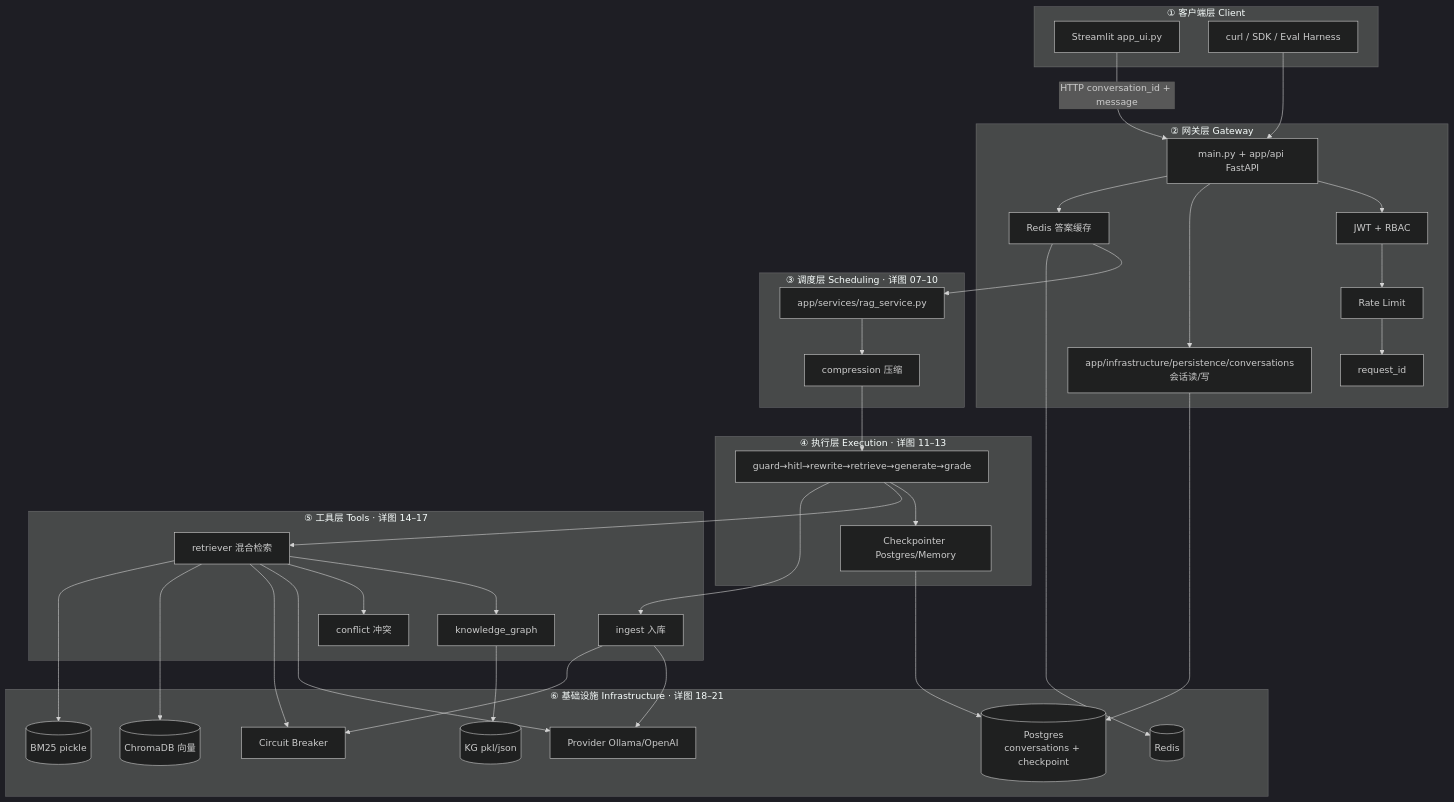
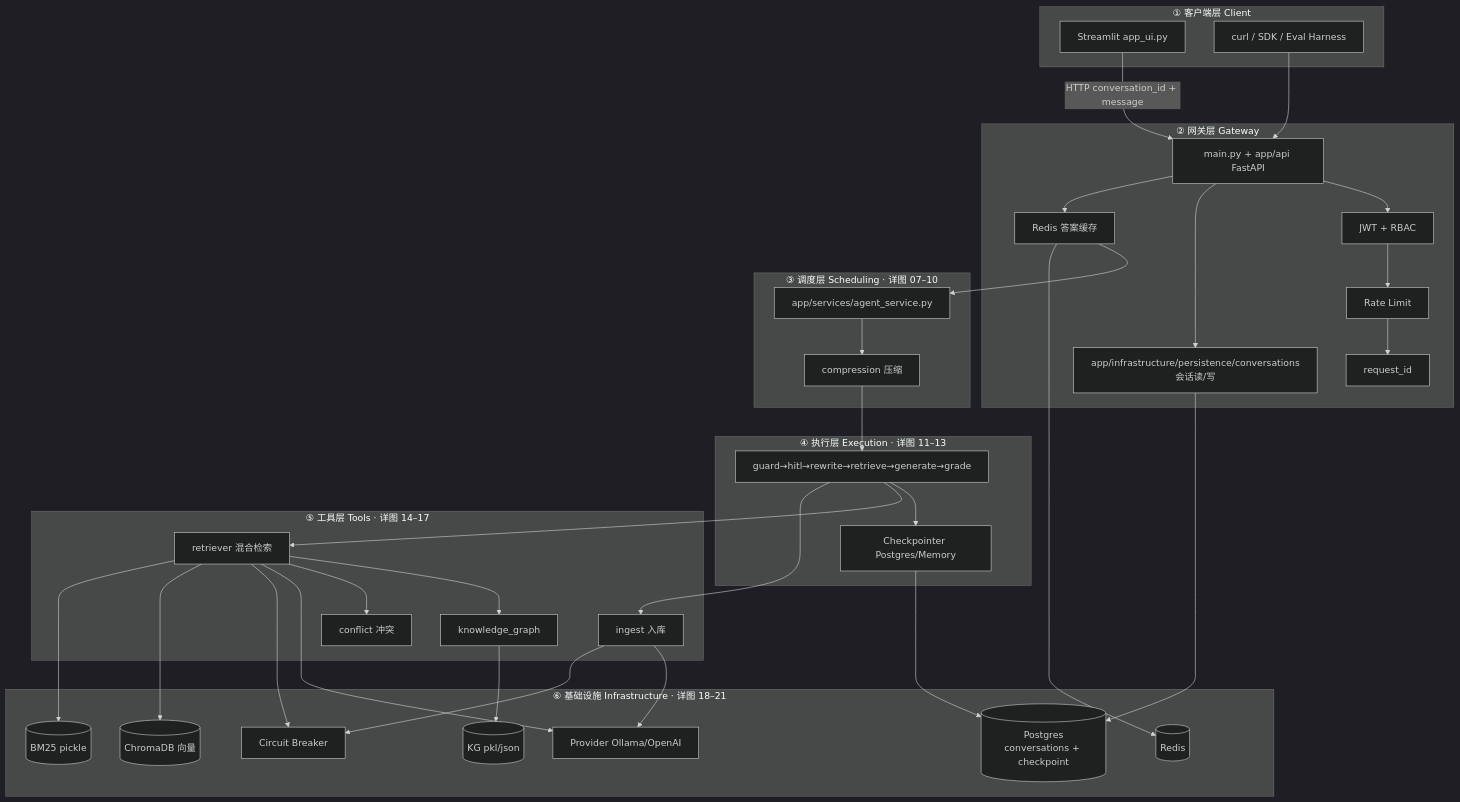
The diagram in project_00_rag_agent/docs/diagrams/source/01_layers_overview.mmd (charlie-chann/ai-agent-langgraph-main), drawn with Mermaid (dark theme) before and after one commit. The commit also changed 67 other files, not shown here.

Commit message:
feat(project_00): 拆分 RAG/ReAct graphs 并增强 agent factory

```diff
--- a/project_00_rag_agent/docs/diagrams/source/01_layers_overview.mmd
+++ b/project_00_rag_agent/docs/diagrams/source/01_layers_overview.mmd
@@ -1,62 +1,62 @@
 flowchart TB
     subgraph L1["① 客户端层 Client"]
         ST[Streamlit app_ui.py]
         CLI[curl / SDK / Eval Harness]
     end
 
     subgraph L2["② 网关层 Gateway"]
         API[main.py + app/api FastAPI]
         AUTH[JWT + RBAC]
         RL[Rate Limit]
         CACHE[Redis 答案缓存]
         RID[request_id]
         CONV[app/infrastructure/persistence/conversations<br/>会话读/写]
     end
 
     subgraph L3["③ 调度层 Scheduling · 详图 07–10"]
-        AGENT[app/services/rag_service.py]
+        AGENT[app/services/agent_service.py]
         COMP[compression 压缩]
     end
 
     subgraph L4["④ 执行层 Execution · 详图 11–13"]
         GRAPH[guard→hitl→rewrite→retrieve→generate→grade]
         CP[Checkpointer Postgres/Memory]
     end
 
     subgraph L5["⑤ 工具层 Tools · 详图 14–17"]
         RET[retriever 混合检索]
         ING[ingest 入库]
         KG[knowledge_graph]
         CONF[conflict 冲突]
     end
 
     subgraph L6["⑥ 基础设施 Infrastructure · 详图 18–21"]
         PROV[Provider Ollama/OpenAI]
         CB[Circuit Breaker]
         CHROMA[(ChromaDB 向量)]
         BM25[(BM25 pickle)]
         KGSTORE[(KG pkl/json)]
         REDIS[(Redis)]
         PG[(Postgres<br/>conversations + checkpoint)]
     end
 
   ST -->|HTTP conversation_id + message| API
   CLI --> API
   API --> AUTH --> RL --> RID
   API --> CONV
   CONV --> PG
   API --> CACHE --> AGENT
   AGENT --> COMP --> GRAPH
   GRAPH --> CP
   GRAPH --> RET
   GRAPH --> ING
   RET --> KG
   RET --> CONF
   RET --> PROV
   ING --> PROV
   RET --> CB
   ING --> CB
   RET --> CHROMA & BM25
   KG --> KGSTORE
   CACHE --> REDIS
   CP --> PG
```
